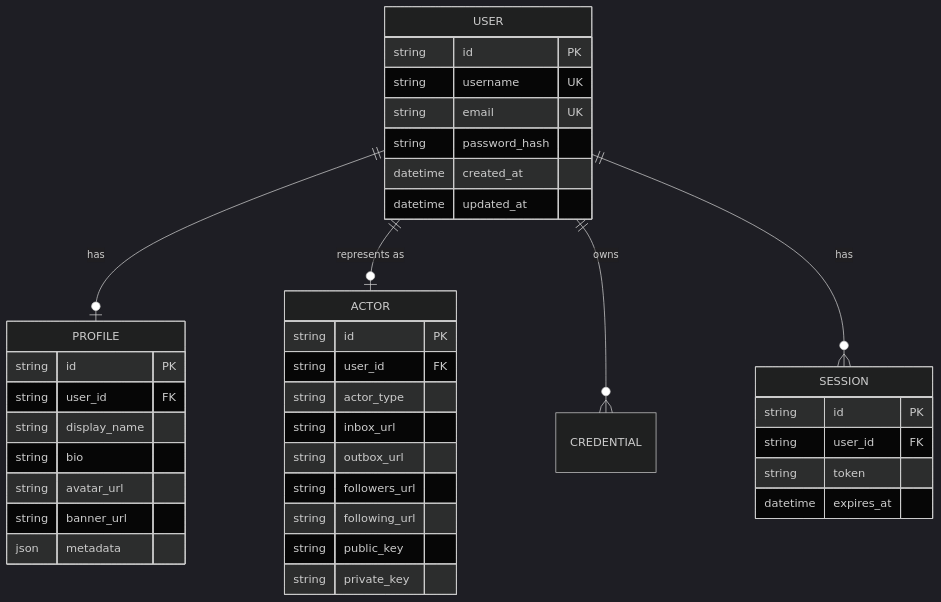
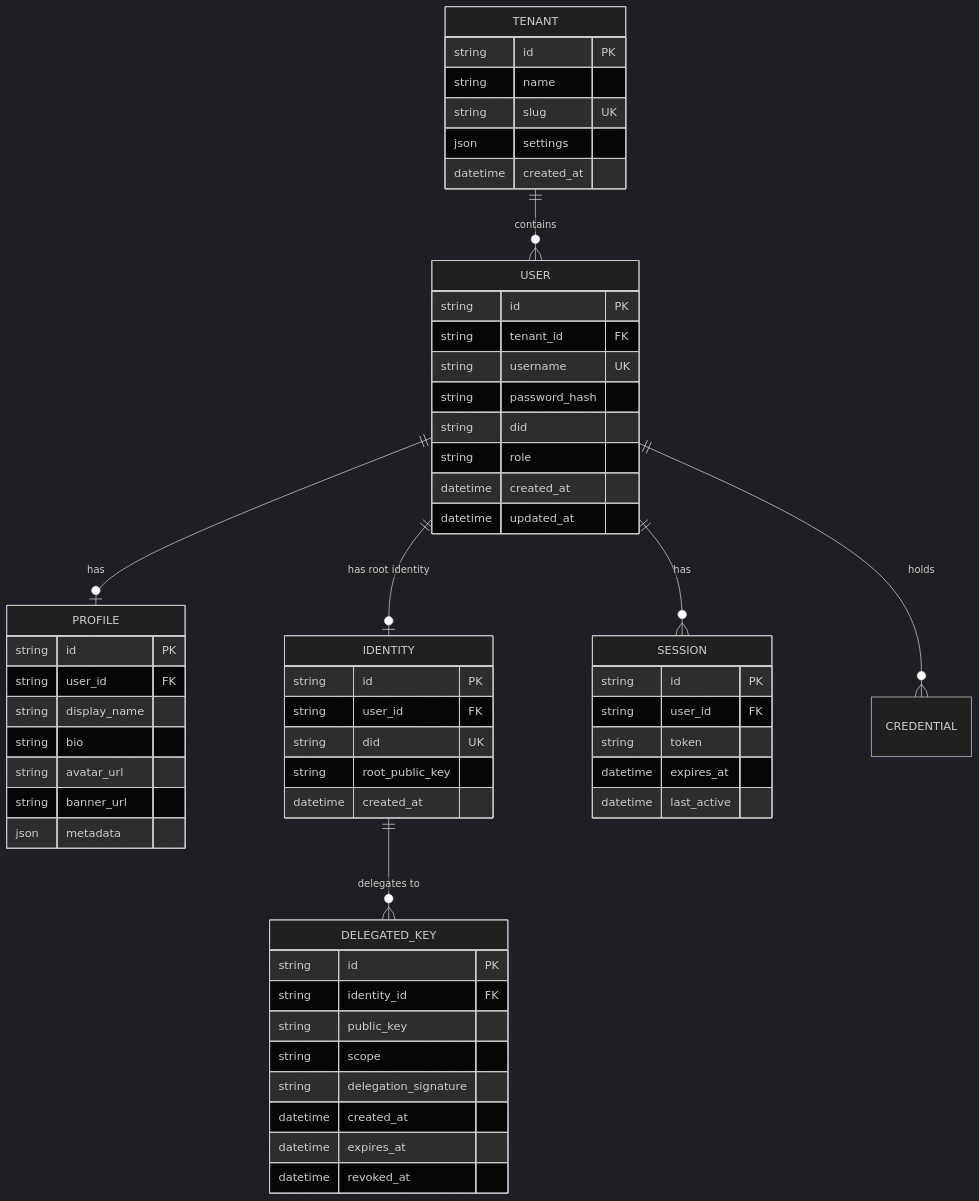
The second of 19 diagrams in Architecture.md (syr-is/syr), drawn with Mermaid (dark theme) before and after one commit. The commit also changed other lines of this file and 491 other files, not shown here.

````diff
--- a/Architecture.md
+++ b/Architecture.md
@@ -84,45 +97,65 @@
 ```mermaid
 erDiagram
+    TENANT ||--o{ USER : "contains"
     USER ||--o| PROFILE : has
-    USER ||--o| ACTOR : "represents as"
-    USER ||--o{ CREDENTIAL : owns
+    USER ||--o| IDENTITY : "has root identity"
+    IDENTITY ||--o{ DELEGATED_KEY : "delegates to"
     USER ||--o{ SESSION : has
+    USER ||--o{ CREDENTIAL : "holds"
+
+    TENANT {
+        string id PK
+        string name
+        string slug UK
+        json settings
+        datetime created_at
+    }
 
     USER {
         string id PK
+        string tenant_id FK
         string username UK
-        string email UK
         string password_hash
+        string did
+        string role
         datetime created_at
         datetime updated_at
     }
 
     PROFILE {
         string id PK
         string user_id FK
         string display_name
         string bio
         string avatar_url
         string banner_url
         json metadata
     }
 
-    ACTOR {
+    IDENTITY {
         string id PK
         string user_id FK
-        string actor_type
-        string inbox_url
-        string outbox_url
-        string followers_url
-        string following_url
+        string did UK
+        string root_public_key
+        datetime created_at
+    }
+
+    DELEGATED_KEY {
+        string id PK
+        string identity_id FK
         string public_key
-        string private_key
+        string scope
+        string delegation_signature
+        datetime created_at
+        datetime expires_at
+        datetime revoked_at
     }
 
     SESSION {
         string id PK
         string user_id FK
         string token
         datetime expires_at
+        datetime last_active
     }
 ```
````
